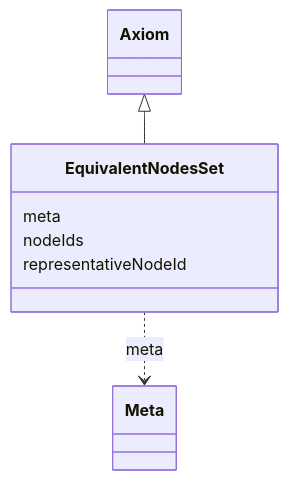
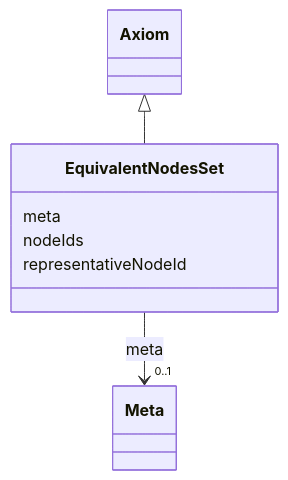
The diagram in docs/datamodels/obograph/EquivalentNodesSet.md (INCATools/ontology-access-kit), drawn with Mermaid before and after one commit. The commit also changed other lines of this file and 23 other files, not shown here.

````diff
--- a/docs/datamodels/obograph/EquivalentNodesSet.md
+++ b/docs/datamodels/obograph/EquivalentNodesSet.md
@@ -11,15 +19,22 @@
-```{mermaid}
+```mermaid
  classDiagram
     class EquivalentNodesSet
+    click EquivalentNodesSet href "../EquivalentNodesSet"
       Axiom <|-- EquivalentNodesSet
+        click Axiom href "../Axiom"
       
       EquivalentNodesSet : meta
         
-          EquivalentNodesSet ..> Meta : meta
+          
+    
+    
+    EquivalentNodesSet --> "0..1" Meta : meta
+    click Meta href "../Meta"
+
         
       EquivalentNodesSet : nodeIds
         
       EquivalentNodesSet : representativeNodeId
         
       
 ```
````
